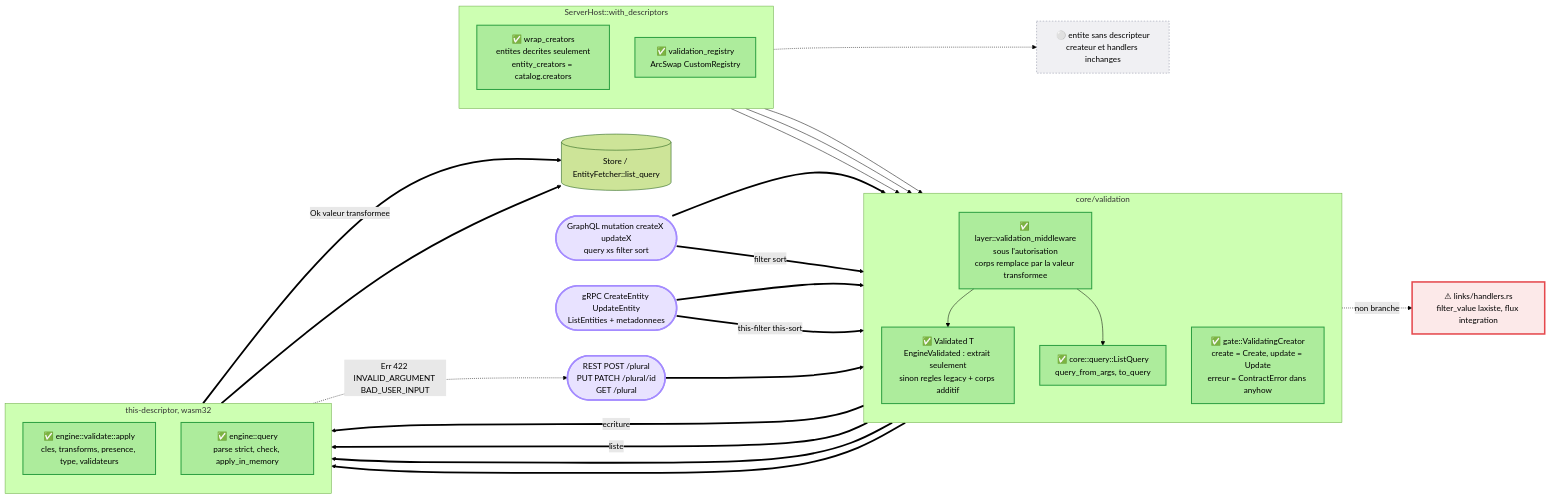
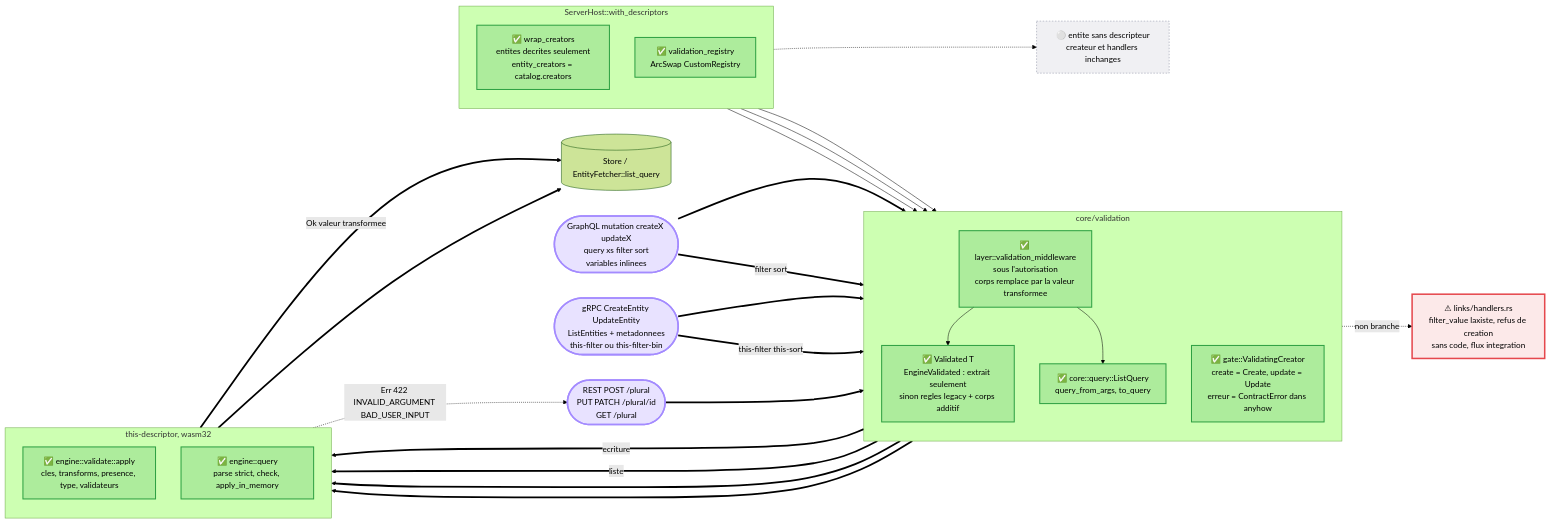
Before and after one commit to this-rs/this: the diagram in docs/atlas/module-descriptor/validation-pipeline-commun.mmd, drawn with Mermaid (forest theme).

Commit message:
docs(validation): diagram reflects review round (GraphQL variables, gRPC -bin metadata)

```diff
--- a/docs/atlas/module-descriptor/validation-pipeline-commun.mmd
+++ b/docs/atlas/module-descriptor/validation-pipeline-commun.mmd
@@ -1,63 +1,65 @@
 flowchart LR
 %% name: module-descriptor-validation-pipeline
 %% PROUVE (flux validation, md/validation) : une ecriture d'entite DECRITE passe par engine::validate sur REST, GraphQL et gRPC ;
 %%   meme code this.validation.positive sur les trois (same_invalid_payload_same_code_on_rest_graphql_grpc) ; store jamais atteint ;
 %%   filtre et tri types appliques avant pagination en REST (ListQuery), GraphQL (args filter/sort) et gRPC (metadonnees this-filter/this-sort).
+%% REVUE (0c8b4c9) : variables GraphQL inlinees avant resolution (graphql_variables_reach_validation_and_filters) ; sort non chaine = malformed_sort ;
+%%   metadonnees gRPC illisibles = INVALID_ARGUMENT, valeurs UTF-8 via this-filter-bin (grpc_filter_bin_metadata_and_unreadable_value_refused) ; update refuse en GraphQL et gRPC.
 %% SOURCES LUES : src/core/validation/{gate,layer,extractor,config}.rs, src/core/query.rs, src/server/host.rs,
 %%   src/server/exposure/{rest/mod.rs,graphql/mod.rs,graphql/executor/query_executor.rs,grpc/entity_service.rs}, crates/this-descriptor/src/engine/{validate,query}.rs.
 %% NON ETABLI : WebSocket n'ecrit pas d'entite (aucun appel create_from_json sous websocket/) ; handlers REST de liens (links/handlers.rs) gardent filter_value laxiste (flux integration) ;
 %%   chemin dynamic_schema GraphQL valide via les createurs mais son rendu d'erreur n'est pas teste.
     classDef ok       fill:#2ea04333,stroke:#2ea043,stroke-width:2px
     classDef todo     fill:#f0a02033,stroke:#d98a00,stroke-width:2px
     classDef refused  fill:#e5484d33,stroke:#e5484d,stroke-width:2px,stroke-dasharray:6 3
     classDef upstream fill:#8b8fa322,stroke:#8b8fa3,stroke-dasharray:3 3
     classDef trap     fill:#e5484d1f,stroke:#e5484d,stroke-width:3px
     classDef entry    fill:#a48bff40,stroke:#a48bff,stroke-width:3px
 
     RESTIN(["REST POST /plural<br/>PUT PATCH /plural/id<br/>GET /plural"]):::entry
-    GQLIN(["GraphQL mutation createX updateX<br/>query xs filter sort"]):::entry
-    GRPCIN(["gRPC CreateEntity UpdateEntity<br/>ListEntities + metadonnees"]):::entry
+    GQLIN(["GraphQL mutation createX updateX<br/>query xs filter sort<br/>variables inlinees"]):::entry
+    GRPCIN(["gRPC CreateEntity UpdateEntity<br/>ListEntities + metadonnees<br/>this-filter ou this-filter-bin"]):::entry
 
     subgraph HOST["ServerHost::with_descriptors"]
         direction TB
         WRAP["✅ wrap_creators<br/>entites decrites seulement<br/>entity_creators = catalog.creators"]:::ok
         REG["✅ validation_registry<br/>ArcSwap CustomRegistry"]:::ok
     end
 
     subgraph CORE["core/validation"]
         direction TB
         LAYER["✅ layer::validation_middleware<br/>sous l'autorisation<br/>corps remplace par la valeur transformee"]:::ok
         GATE["✅ gate::ValidatingCreator<br/>create = Create, update = Update<br/>erreur = ContractError dans anyhow"]:::ok
         SHIM["✅ Validated T<br/>EngineValidated : extrait seulement<br/>sinon regles legacy + corps additif"]:::ok
         LQ["✅ core::query::ListQuery<br/>query_from_args, to_query"]:::ok
     end
 
     subgraph ENG["this-descriptor, wasm32"]
         direction TB
         APPLY["✅ engine::validate::apply<br/>cles, transforms, presence, type, validateurs"]:::ok
         QE["✅ engine::query<br/>parse strict, check, apply_in_memory"]:::ok
     end
 
     STORE@{ shape: cyl, label: "Store / EntityFetcher::list_query" }
     LEGACY["⚪ entite sans descripteur<br/>createur et handlers inchanges"]:::upstream
-    LINKS["⚠ links/handlers.rs<br/>filter_value laxiste, flux integration"]:::trap
+    LINKS["⚠ links/handlers.rs<br/>filter_value laxiste, refus de creation<br/>sans code, flux integration"]:::trap
 
     RESTIN ==> LAYER
     LAYER ==>|"ecriture"| APPLY
     LAYER ==>|"liste"| QE
     LAYER --> SHIM
     LAYER --> LQ
     GQLIN ==> GATE
     GRPCIN ==> GATE
     GQLIN ==>|"filter sort"| LQ
     GRPCIN ==>|"this-filter this-sort"| LQ
     WRAP --> GATE
     REG --> GATE
     REG --> LAYER
     GATE ==> APPLY
     LQ ==> QE
     APPLY ==>|"Ok valeur transformee"| STORE
     QE ==> STORE
     APPLY -.->|"Err 422 INVALID_ARGUMENT BAD_USER_INPUT"| RESTIN
     WRAP -.-> LEGACY
     LQ -.->|"non branche"| LINKS
```
